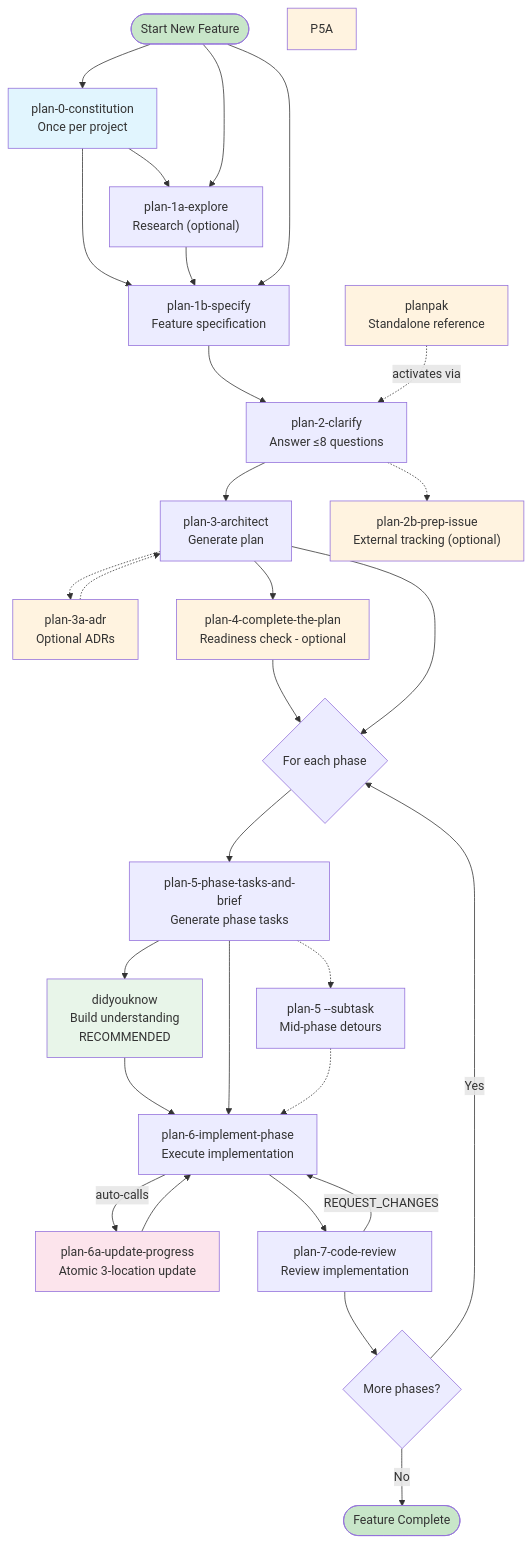
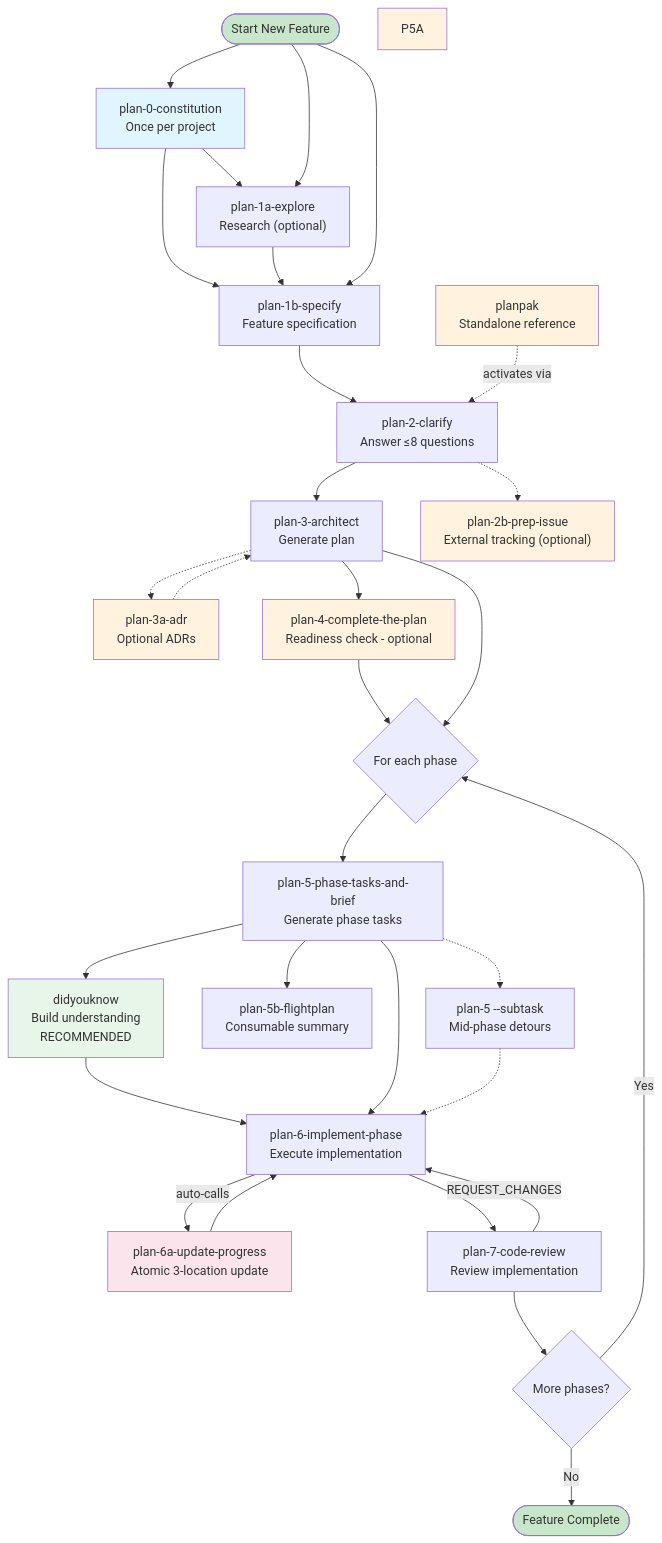
The second of 8 diagrams in agents/commands/README.md (jakkaj/tools), drawn with Mermaid before and after one commit. The commit also changed other lines of this file and 9 other files, not shown here.

First line of the commit message:
feat: Add plan-5b-flightplan command for consumable phase summaries

````diff
--- a/agents/commands/README.md
+++ b/agents/commands/README.md
@@ -87,54 +87,55 @@
 ```mermaid
 graph TD
     Start([Start New Feature]) --> P0["plan-0-constitution<br/>Once per project"]
     P0 --> P1A["plan-1a-explore<br/>Research (optional)"]
     P0 --> P1B["plan-1b-specify<br/>Feature specification"]
     P1A --> P1B
     Start --> P1A
     Start --> P1B
 
     P1B --> P2["plan-2-clarify<br/>Answer ≤8 questions"]
     P2 --> P3["plan-3-architect<br/>Generate plan"]
 
     P2 -.-> P2B["plan-2b-prep-issue<br/>External tracking (optional)"]
     P3 -.-> P3A["plan-3a-adr<br/>Optional ADRs"]
     P3A -.-> P3
 
     P3 --> P4["plan-4-complete-the-plan<br/>Readiness check - optional"]
     P4 --> PhaseLoop{For each phase}
     P3 --> PhaseLoop
 
     PhaseLoop --> P5["plan-5-phase-tasks-and-brief<br/>Generate phase tasks"]
 
     P5 --> DYK["didyouknow<br/>Build understanding<br/>RECOMMENDED"]
     DYK --> P6
     P5 --> P6["plan-6-implement-phase<br/>Execute implementation"]
 
+    P5 --> P5B["plan-5b-flightplan<br/>Consumable summary"]
     P5 -.-> P5ST["plan-5 --subtask<br/>Mid-phase detours"]
     P5ST -.-> P6
 
     P6 -->|auto-calls| P6A["plan-6a-update-progress<br/>Atomic 3-location update"]
     P6A --> P6
 
     P6 --> P7["plan-7-code-review<br/>Review implementation"]
 
     P7 --> NextPhase{More phases?}
     NextPhase -->|Yes| PhaseLoop
     NextPhase -->|No| End([Feature Complete])
 
     P7 -->|REQUEST_CHANGES| P6
 
     PAK["planpak<br/>Standalone reference"]
     PAK -.->|"activates via"| P2
 
     style PAK fill:#fff3e0
     style P0 fill:#e1f5fe
     style P2B fill:#fff3e0
     style P3A fill:#fff3e0
     style P4 fill:#fff3e0
     style P5A fill:#fff3e0
     style DYK fill:#e8f5e9
     style P6A fill:#fce4ec
     style Start fill:#c8e6c9
     style End fill:#c8e6c9
 ```
````
